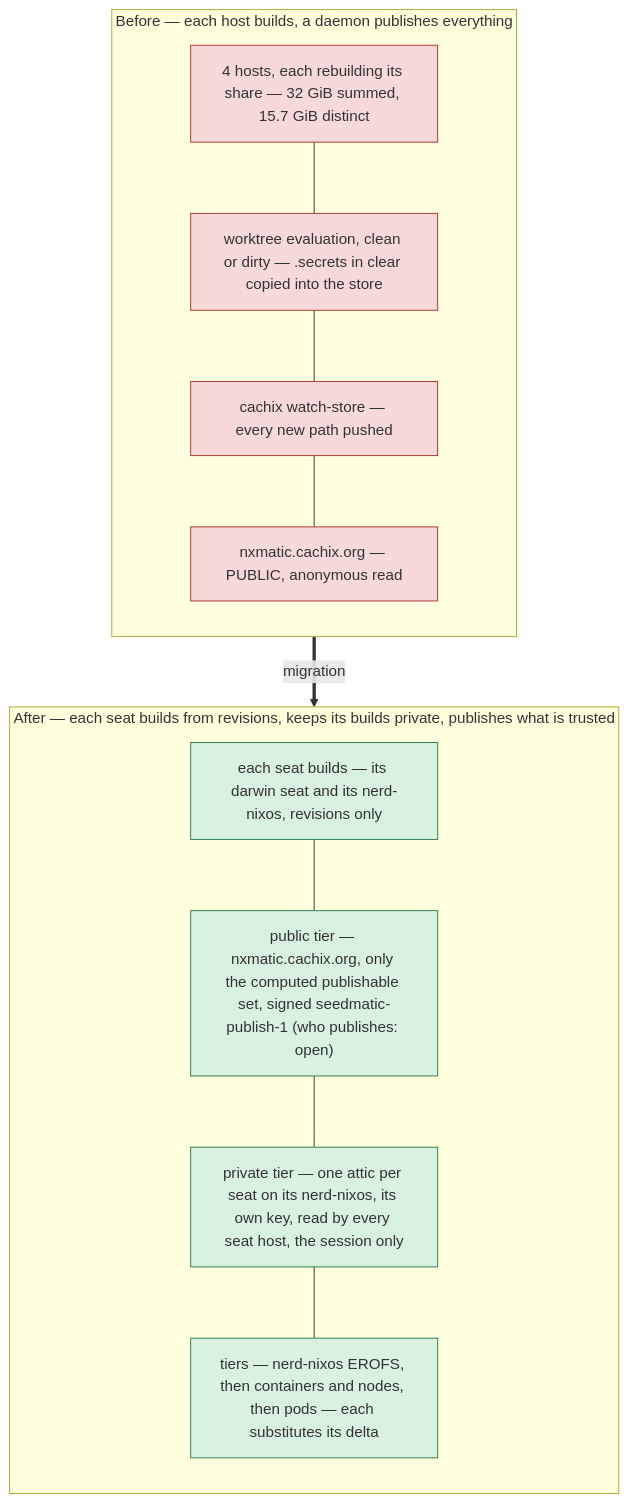
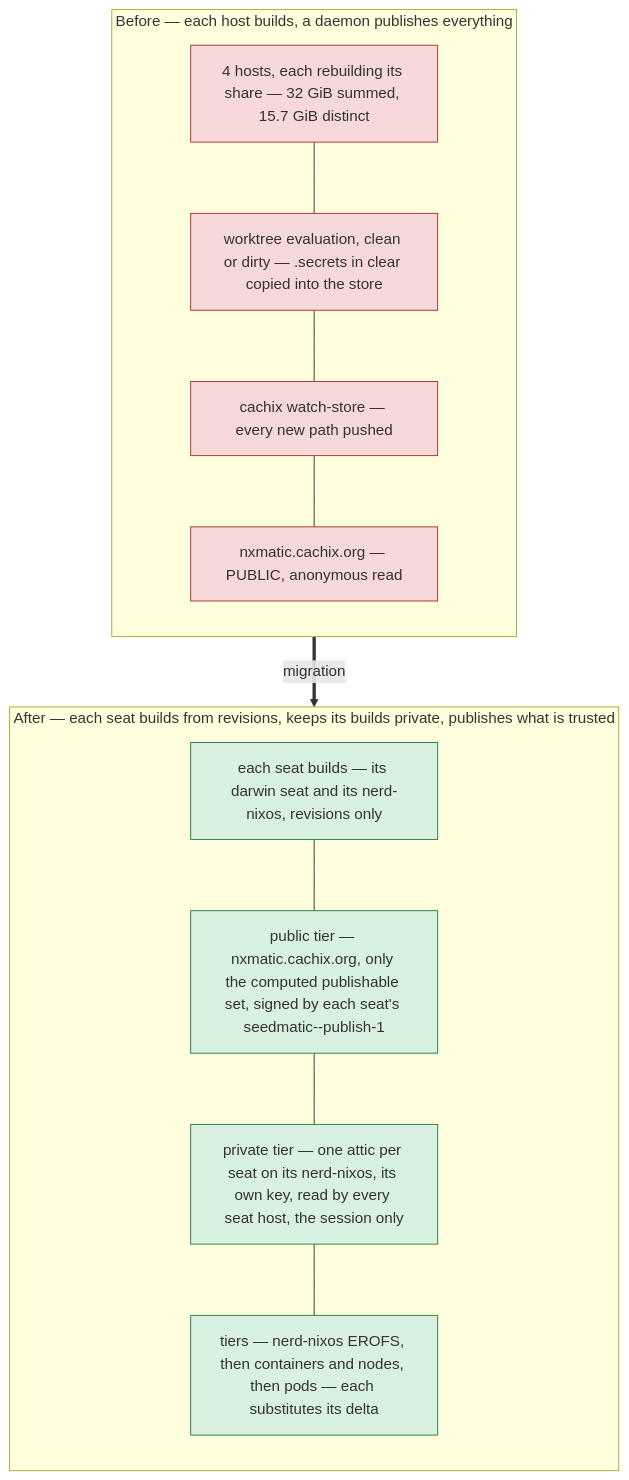
One commit to seedmatic/rke2lab changed the seventh of 8 diagrams in docs/architecture/atlas/fabric-control-plane.adoc. Above: the diagram before and after it, drawn with Mermaid. The commit also changed other lines of this file, not shown here.

First line of the commit message:
docs(atlas): both seats publish, each with its own key

```diff
--- a/docs/architecture/atlas/fabric-control-plane.adoc
+++ b/docs/architecture/atlas/fabric-control-plane.adoc
@@ -466,24 +466,24 @@
 [mermaid]
 ....
 flowchart TB
   subgraph BEFORE["Before — each host builds, a daemon publishes everything"]
     direction TB
     b1["4 hosts, each rebuilding its share — 32 GiB summed, 15.7 GiB distinct"]:::ko
     b2["worktree evaluation, clean or dirty — .secrets in clear copied into the store"]:::ko
     b3["cachix watch-store — every new path pushed"]:::ko
     b4["nxmatic.cachix.org — PUBLIC, anonymous read"]:::ko
     b1 --- b2 --- b3 --- b4
   end
   subgraph AFTER["After — each seat builds from revisions, keeps its builds private, publishes what is trusted"]
     direction TB
     a1["each seat builds — its darwin seat and its nerd-nixos, revisions only"]:::ok
-    a2["public tier — nxmatic.cachix.org, only the computed publishable set, signed seedmatic-publish-1 (who publishes: open)"]:::ok
+    a2["public tier — nxmatic.cachix.org, only the computed publishable set, signed by each seat's seedmatic-<seat>-publish-1"]:::ok
     a3["private tier — one attic per seat on its nerd-nixos, its own key, read by every seat host, the session only"]:::ok
     a4["tiers — nerd-nixos EROFS, then containers and nodes, then pods — each substitutes its delta"]:::ok
     a1 --- a2 --- a3 --- a4
   end
   BEFORE ==>|"migration"| AFTER
 
   classDef ko fill:#f7d9d9,stroke:#a33;
   classDef ok fill:#d9f2e0,stroke:#2d7a4b;
 ....
```
